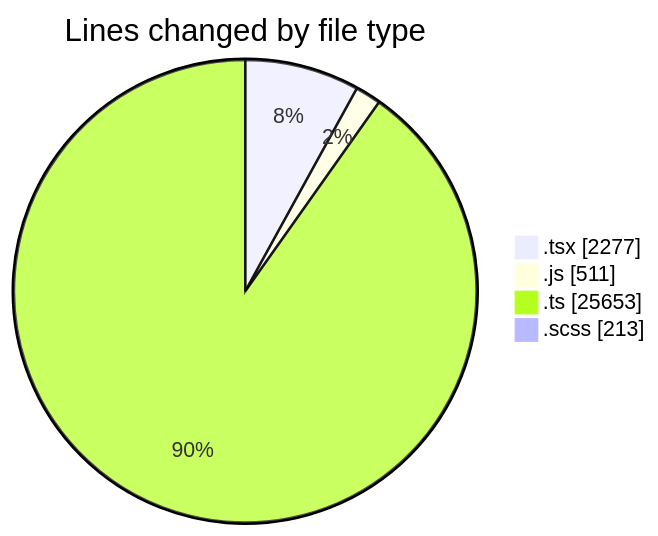
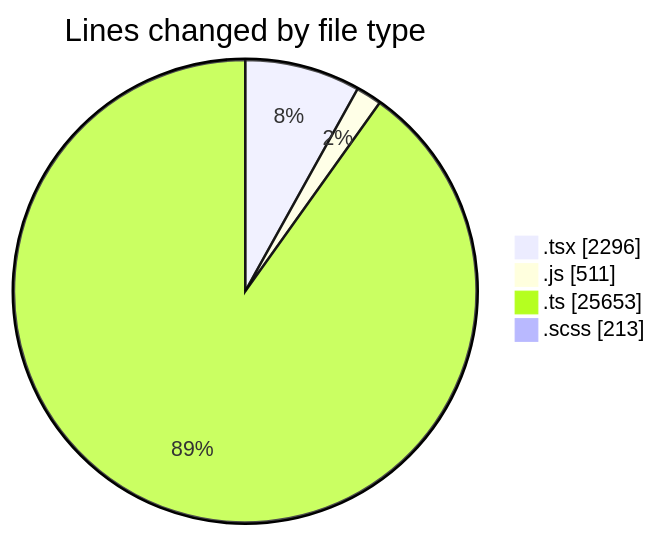
The first of 2 diagrams in 2025-06-30/cda/README.md (momahboobian/code-tracking), drawn with Mermaid before and after one commit. The commit also changed other lines of this file and 1 other file, not shown here.

````diff
--- a/2025-06-30/cda/README.md
+++ b/2025-06-30/cda/README.md
@@ -41,8 +41,8 @@
 ```mermaid
 pie showData
 title Lines changed by file type
-".tsx" : 2277
+".tsx" : 2296
 ".js" : 511
 ".ts" : 25653
 ".scss" : 213
 ```
````
